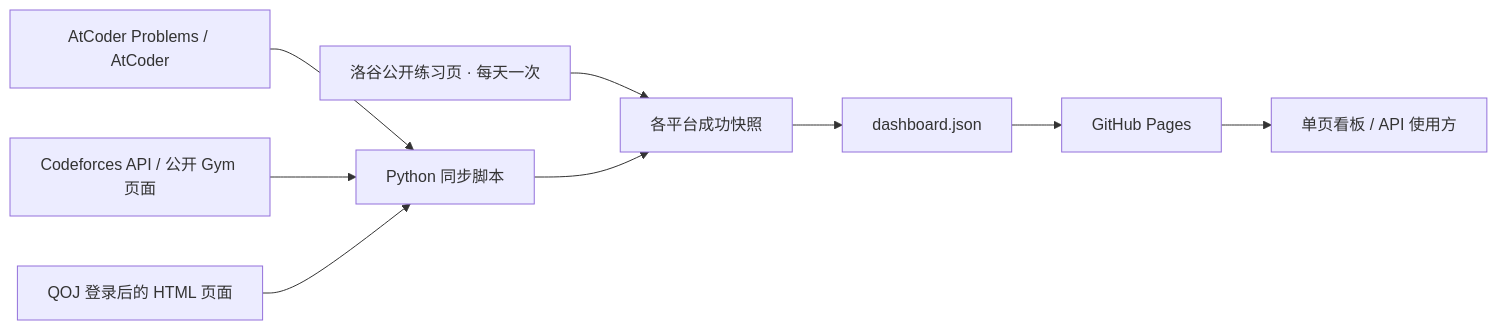
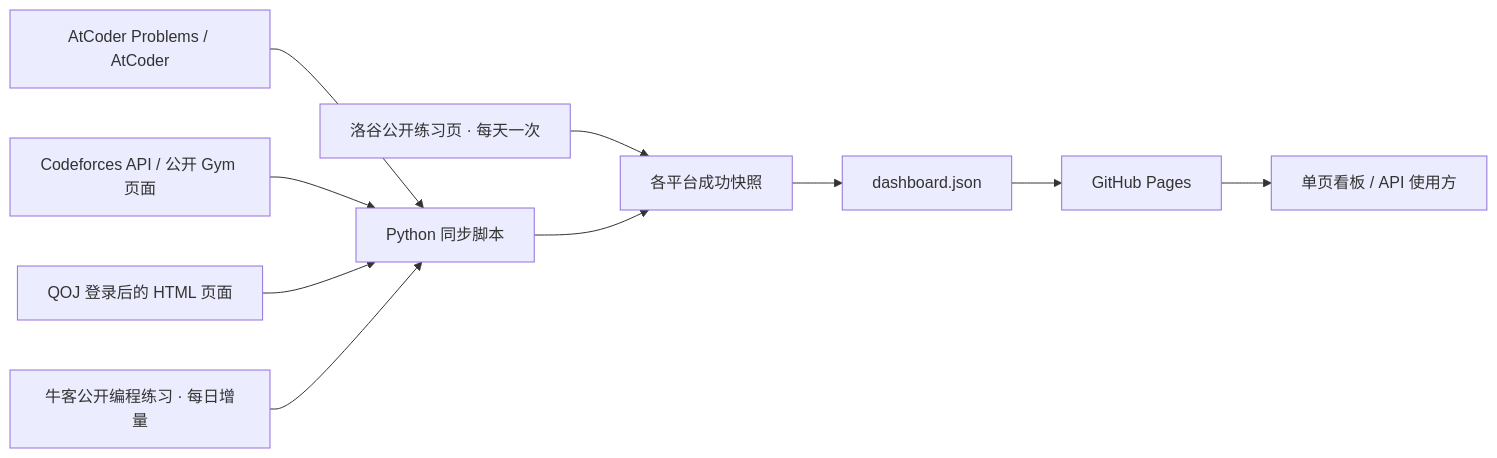
The diagram in README.md (theLucius7/qwq), drawn with Mermaid before and after one commit. The commit also changed other lines of this file and 13 other files, not shown here.

````diff
--- a/README.md
+++ b/README.md
@@ -77,11 +78,12 @@
 ```mermaid
 flowchart LR
     A[AtCoder Problems / AtCoder] --> S[Python 同步脚本]
     C[Codeforces API / 公开 Gym 页面] --> S
     Q[QOJ 登录后的 HTML 页面] --> S
+    N[牛客公开编程练习 · 每日增量] --> S
     L[洛谷公开练习页 · 每天一次] --> P[各平台成功快照]
     S --> P
     P --> J[dashboard.json]
     J --> G[GitHub Pages]
     G --> U[单页看板 / API 使用方]
 ```
````
